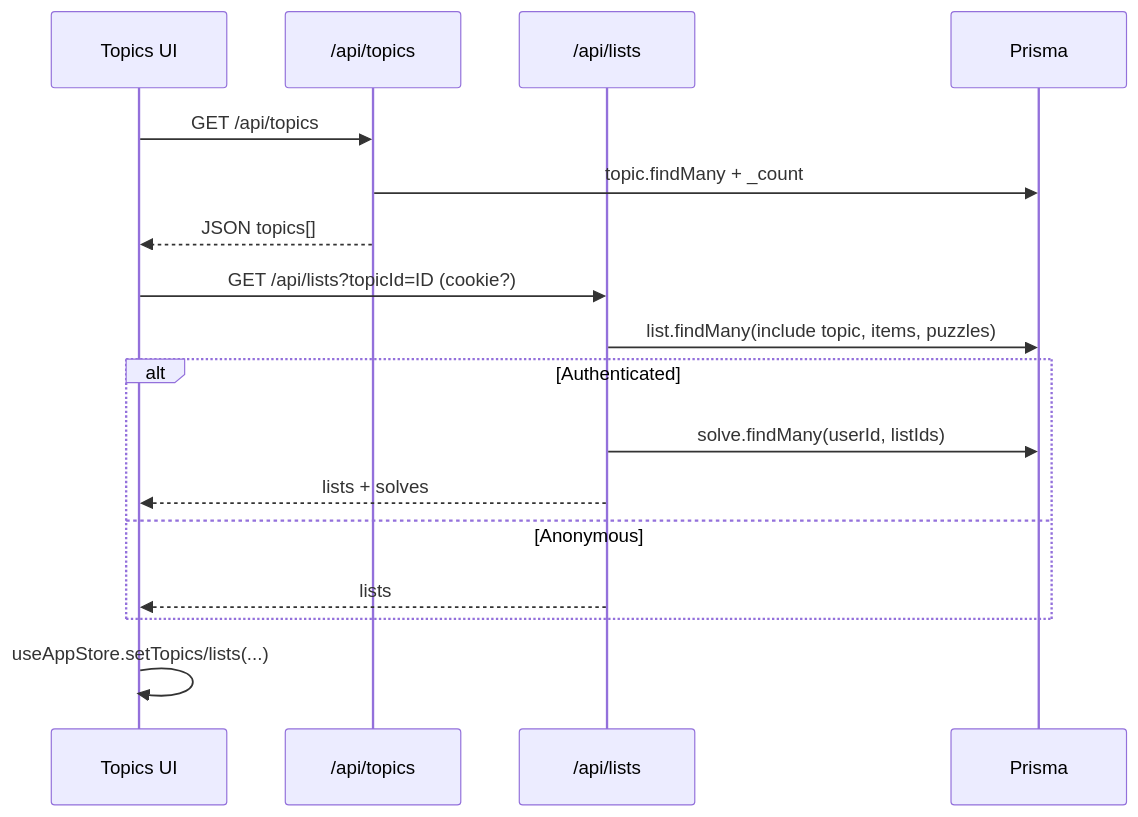
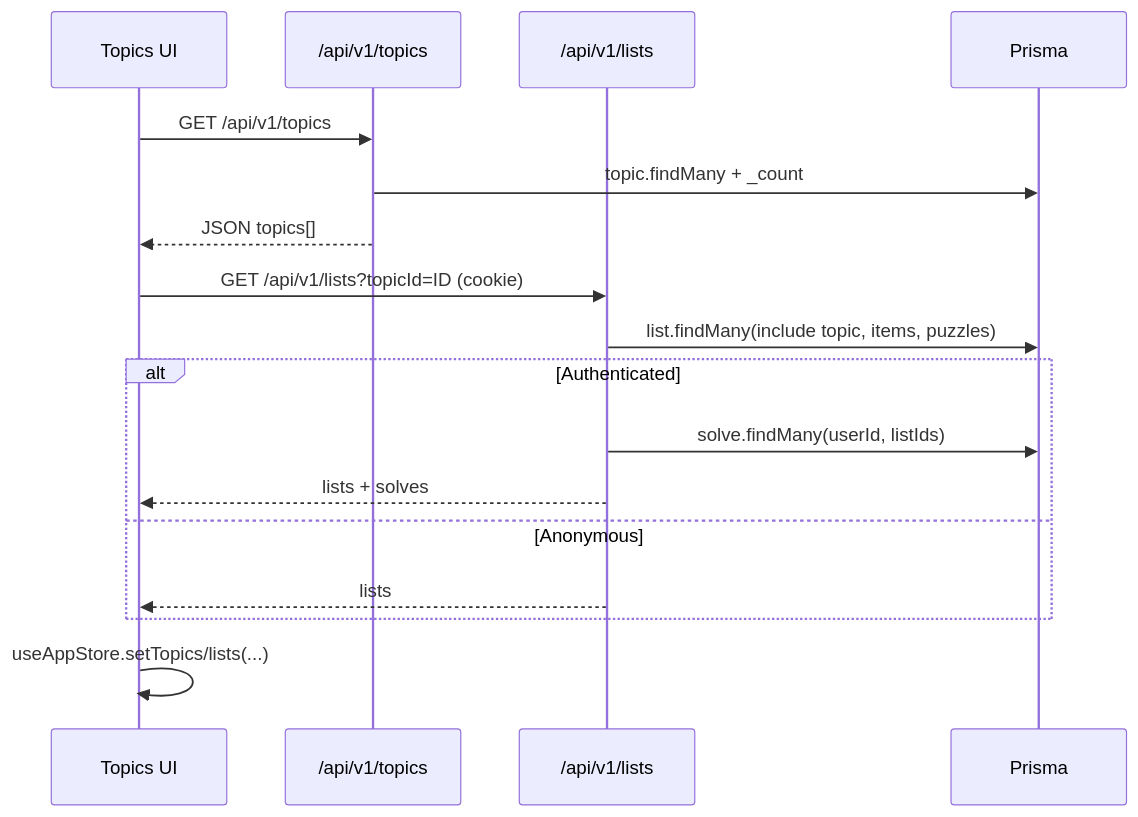
Before and after one commit to dragondad22/CrossWise: the second of 4 diagrams in docs/data_flow.md, drawn with Mermaid. The commit also changed other lines of this file and 29 other files, not shown here.

````diff
--- a/docs/data_flow.md
+++ b/docs/data_flow.md
@@ -25,20 +25,20 @@
 ```mermaid
 sequenceDiagram
     participant UI as Topics UI
-    participant TopicsAPI as /api/topics
-    participant ListsAPI as /api/lists
+    participant TopicsAPI as /api/v1/topics
+    participant ListsAPI as /api/v1/lists
     participant DB as Prisma
 
-    UI->>TopicsAPI: GET /api/topics
+    UI->>TopicsAPI: GET /api/v1/topics
     TopicsAPI->>DB: topic.findMany + _count
     TopicsAPI-->>UI: JSON topics[]
-    UI->>ListsAPI: GET /api/lists?topicId=ID (cookie?)
+    UI->>ListsAPI: GET /api/v1/lists?topicId=ID (cookie)
     ListsAPI->>DB: list.findMany(include topic, items, puzzles)
     alt Authenticated
         ListsAPI->>DB: solve.findMany(userId, listIds)
         ListsAPI-->>UI: lists + solves
     else Anonymous
         ListsAPI-->>UI: lists
     end
     UI->>UI: useAppStore.setTopics/lists(...)
 ```
````
